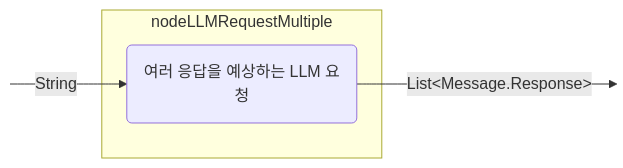
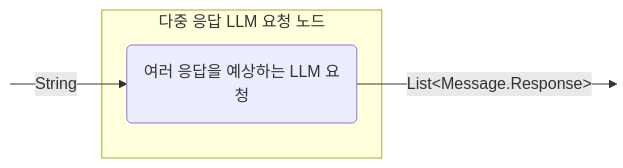
One commit to BinaryTape/Open-Docs changed the ninth of 15 diagrams in docs/ko/koog/nodes-and-components.md. Above: the diagram before and after it, drawn with Mermaid. The commit also changed other lines of this file and 164 other files, not shown here.

````diff
--- a/docs/ko/koog/nodes-and-components.md
+++ b/docs/ko/koog/nodes-and-components.md
@@ -401,13 +401,13 @@
 ```mermaid
 graph LR
     in:::hidden
     out:::hidden
     
-    subgraph node ["nodeLLMRequestMultiple"]
+    subgraph node ["다중 응답 LLM 요청 노드"]
         execute(여러 응답을 예상하는 LLM 요청)
     end
     
     in --String--> execute -- "List&lt;Message.Response&gt;" --> out
 
     classDef hidden display: none;
 ```
````
